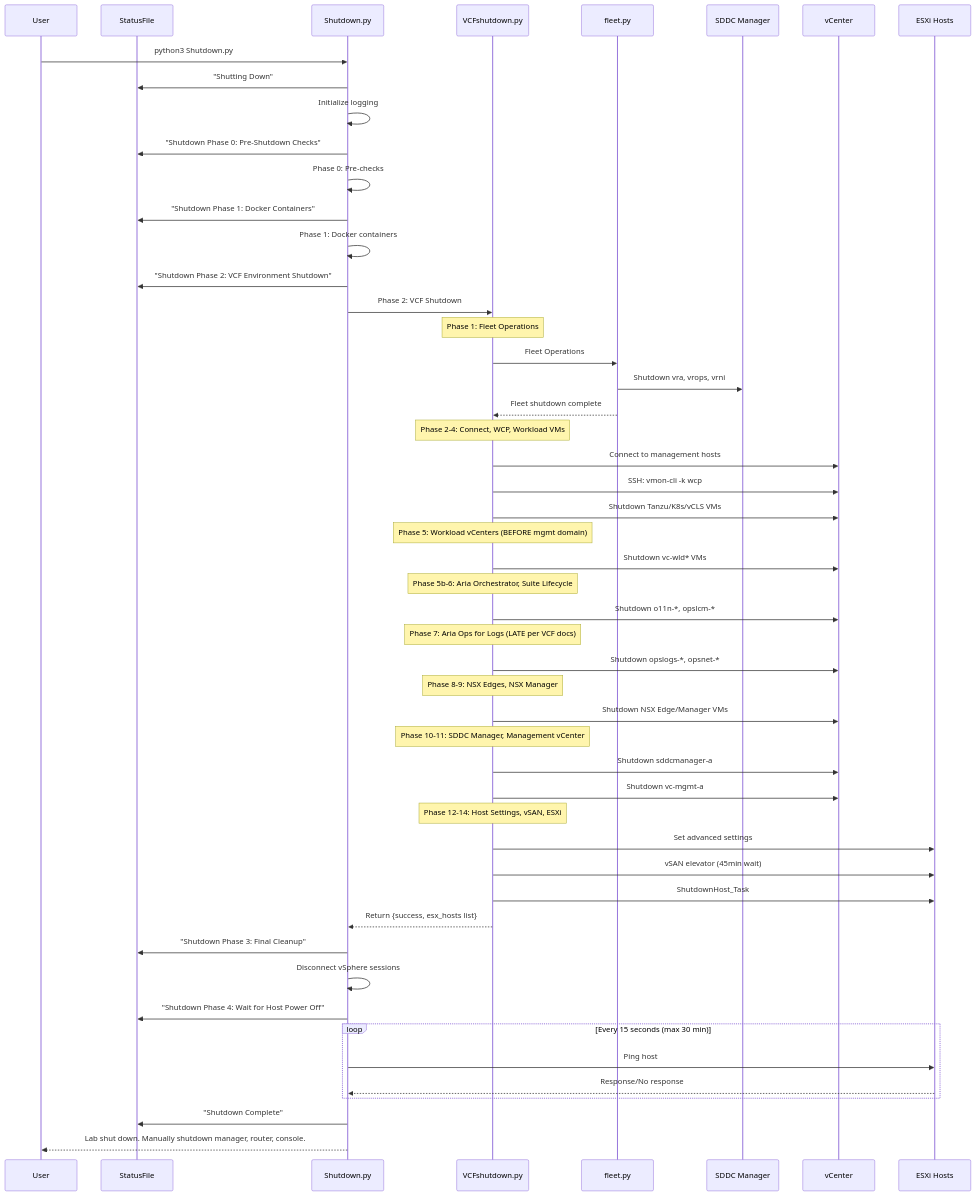
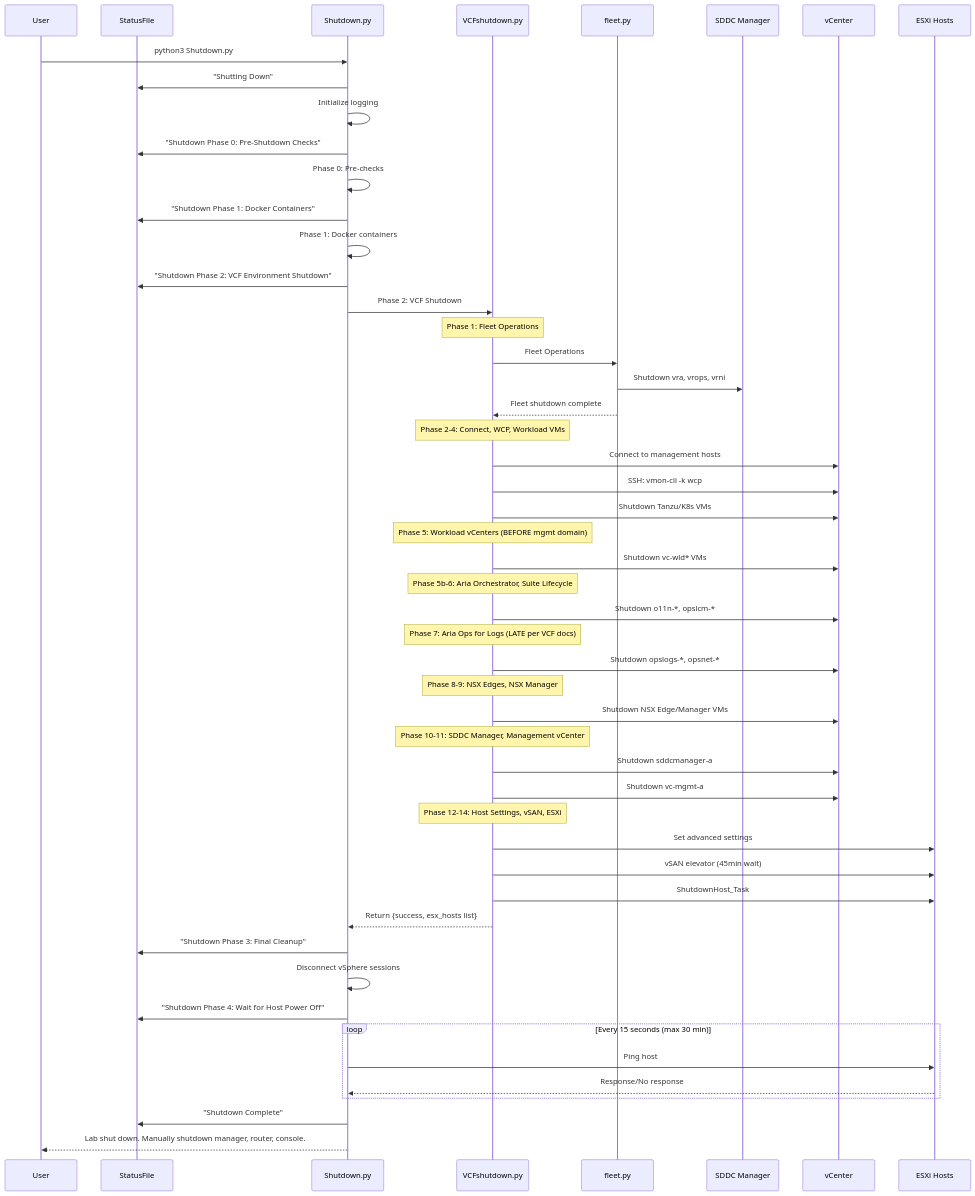
The fifth of 5 diagrams in Shutdown/README.md (Broadcom/HOLFY27-MGR-HOLUSER), drawn with Mermaid before and after one commit. The commit also changed other lines of this file and 5 other files, not shown here.

````diff
--- a/Shutdown/README.md
+++ b/Shutdown/README.md
@@ -347,68 +347,68 @@
 ```mermaid
 sequenceDiagram
     participant User
     participant StatusFile
     participant Shutdown.py
     participant VCFshutdown.py
     participant fleet.py
     participant SDDC Manager
     participant vCenter
     participant ESXi Hosts
 
     User->>Shutdown.py: python3 Shutdown.py
     Shutdown.py->>StatusFile: "Shutting Down"
     Shutdown.py->>Shutdown.py: Initialize logging
     Shutdown.py->>StatusFile: "Shutdown Phase 0: Pre-Shutdown Checks"
     Shutdown.py->>Shutdown.py: Phase 0: Pre-checks
     Shutdown.py->>StatusFile: "Shutdown Phase 1: Docker Containers"
     Shutdown.py->>Shutdown.py: Phase 1: Docker containers
     
     Shutdown.py->>StatusFile: "Shutdown Phase 2: VCF Environment Shutdown"
     Shutdown.py->>VCFshutdown.py: Phase 2: VCF Shutdown
     
     Note over VCFshutdown.py: Phase 1: Fleet Operations
     VCFshutdown.py->>fleet.py: Fleet Operations
     fleet.py->>SDDC Manager: Shutdown vra, vrops, vrni
     fleet.py-->>VCFshutdown.py: Fleet shutdown complete
     
     Note over VCFshutdown.py: Phase 2-4: Connect, WCP, Workload VMs
     VCFshutdown.py->>vCenter: Connect to management hosts
     VCFshutdown.py->>vCenter: SSH: vmon-cli -k wcp
-    VCFshutdown.py->>vCenter: Shutdown Tanzu/K8s/vCLS VMs
+    VCFshutdown.py->>vCenter: Shutdown Tanzu/K8s VMs
     
     Note over VCFshutdown.py: Phase 5: Workload vCenters (BEFORE mgmt domain)
     VCFshutdown.py->>vCenter: Shutdown vc-wld* VMs
     
     Note over VCFshutdown.py: Phase 5b-6: Aria Orchestrator, Suite Lifecycle
     VCFshutdown.py->>vCenter: Shutdown o11n-*, opslcm-*
     
     Note over VCFshutdown.py: Phase 7: Aria Ops for Logs (LATE per VCF docs)
     VCFshutdown.py->>vCenter: Shutdown opslogs-*, opsnet-*
     
     Note over VCFshutdown.py: Phase 8-9: NSX Edges, NSX Manager
     VCFshutdown.py->>vCenter: Shutdown NSX Edge/Manager VMs
     
     Note over VCFshutdown.py: Phase 10-11: SDDC Manager, Management vCenter
     VCFshutdown.py->>vCenter: Shutdown sddcmanager-a
     VCFshutdown.py->>vCenter: Shutdown vc-mgmt-a
     
     Note over VCFshutdown.py: Phase 12-14: Host Settings, vSAN, ESXi
     VCFshutdown.py->>ESXi Hosts: Set advanced settings
     VCFshutdown.py->>ESXi Hosts: vSAN elevator (45min wait)
     VCFshutdown.py->>ESXi Hosts: ShutdownHost_Task
     
     VCFshutdown.py-->>Shutdown.py: Return {success, esx_hosts list}
     
     Shutdown.py->>StatusFile: "Shutdown Phase 3: Final Cleanup"
     Shutdown.py->>Shutdown.py: Disconnect vSphere sessions
     
     Shutdown.py->>StatusFile: "Shutdown Phase 4: Wait for Host Power Off"
     
     loop Every 15 seconds (max 30 min)
         Shutdown.py->>ESXi Hosts: Ping host
         ESXi Hosts-->>Shutdown.py: Response/No response
     end
     
     Shutdown.py->>StatusFile: "Shutdown Complete"
     Shutdown.py-->>User: Lab shut down. Manually shutdown manager, router, console.
 ```
````
